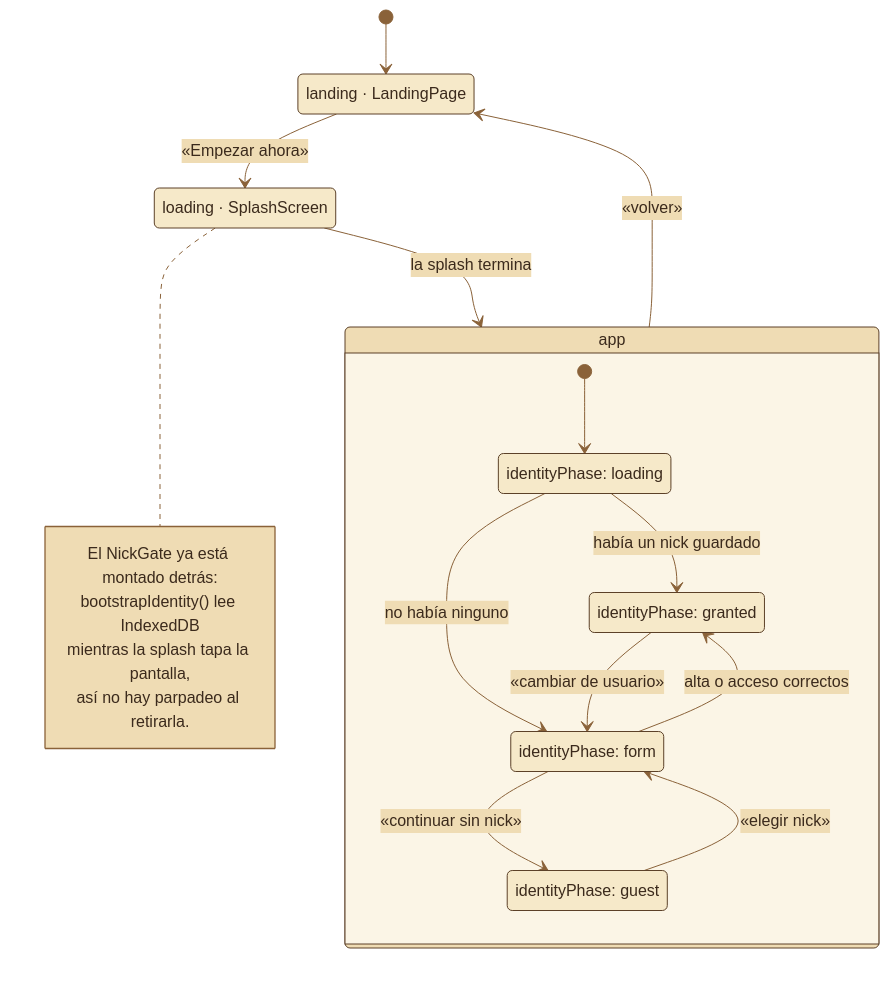
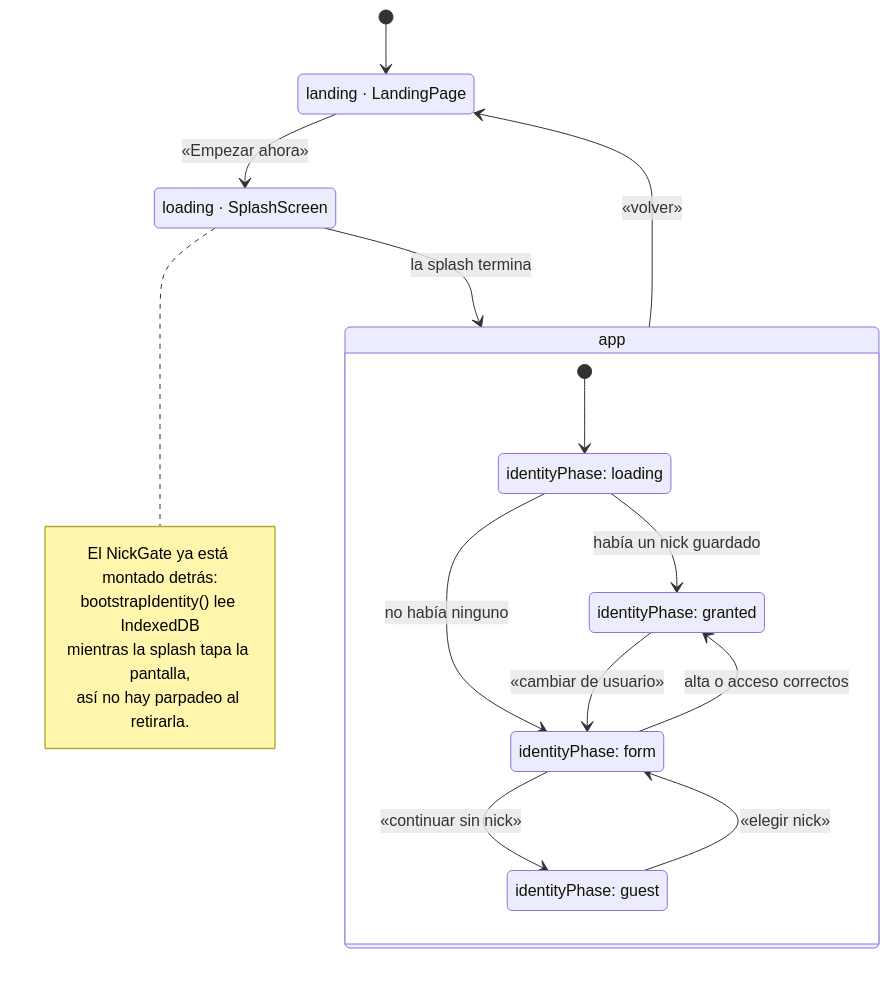
The third of 12 diagrams in docs/ARQUITECTURA.md (vicmaHo/spine-hero), drawn with Mermaid before and after one commit. The commit also changed other lines of this file, not shown here.

Commit message:
docs(fix): corrección de colores de diagramas

````diff
--- a/docs/ARQUITECTURA.md
+++ b/docs/ARQUITECTURA.md
@@ -121,31 +119,30 @@
 ```mermaid
-%%{init: {'theme':'base','themeVariables':{'fontFamily':'ui-sans-serif, system-ui, sans-serif','primaryColor':'#f6e9c9','primaryTextColor':'#3b2a1c','primaryBorderColor':'#5c4128','secondaryColor':'#efdcb4','tertiaryColor':'#fbf5e6','lineColor':'#8a6239','textColor':'#3b2a1c','mainBkg':'#f6e9c9','nodeBorder':'#5c4128','clusterBkg':'#fbf5e6','clusterBorder':'#c8ab74','compositeBackground':'#fbf5e6','compositeBorder':'#c8ab74','compositeTitleBackground':'#efdcb4','noteBkgColor':'#efdcb4','noteBorderColor':'#8a6239','noteTextColor':'#3b2a1c','labelBackgroundColor':'#f6e9c9'}}}%%
 stateDiagram-v2
   direction TB
   [*] --> landing
   state "landing · LandingPage" as landing
   state "loading · SplashScreen" as loading
   landing --> loading: «Empezar ahora»
   loading --> app: la splash termina
   note right of loading
     El NickGate ya está montado detrás:
     bootstrapIdentity() lee IndexedDB
     mientras la splash tapa la pantalla,
     así no hay parpadeo al retirarla.
   end note
   state app {
     direction TB
     [*] --> P1
     state "identityPhase: loading" as P1
     state "identityPhase: form" as P2
     state "identityPhase: granted" as P3
     state "identityPhase: guest" as P4
     P1 --> P3: había un nick guardado
     P1 --> P2: no había ninguno
     P2 --> P3: alta o acceso correctos
     P2 --> P4: «continuar sin nick»
     P4 --> P2: «elegir nick»
     P3 --> P2: «cambiar de usuario»
   }
   app --> landing: «volver»
 ```
````
